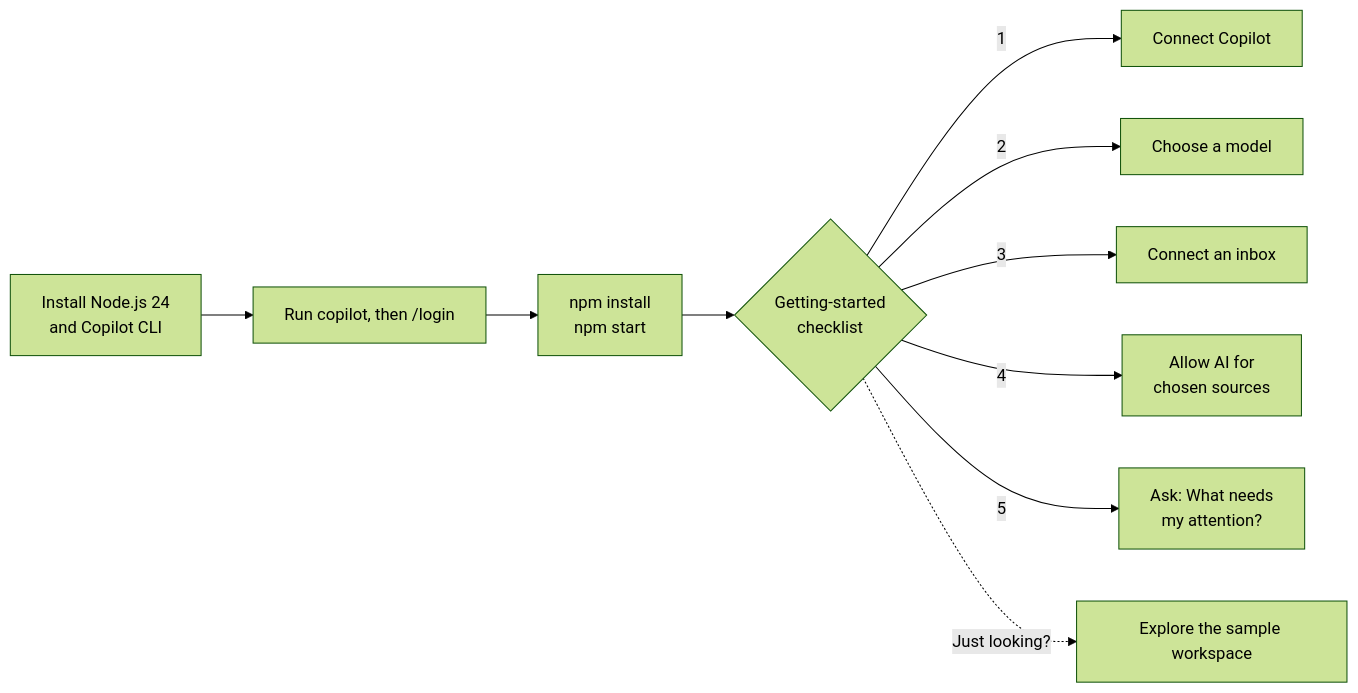
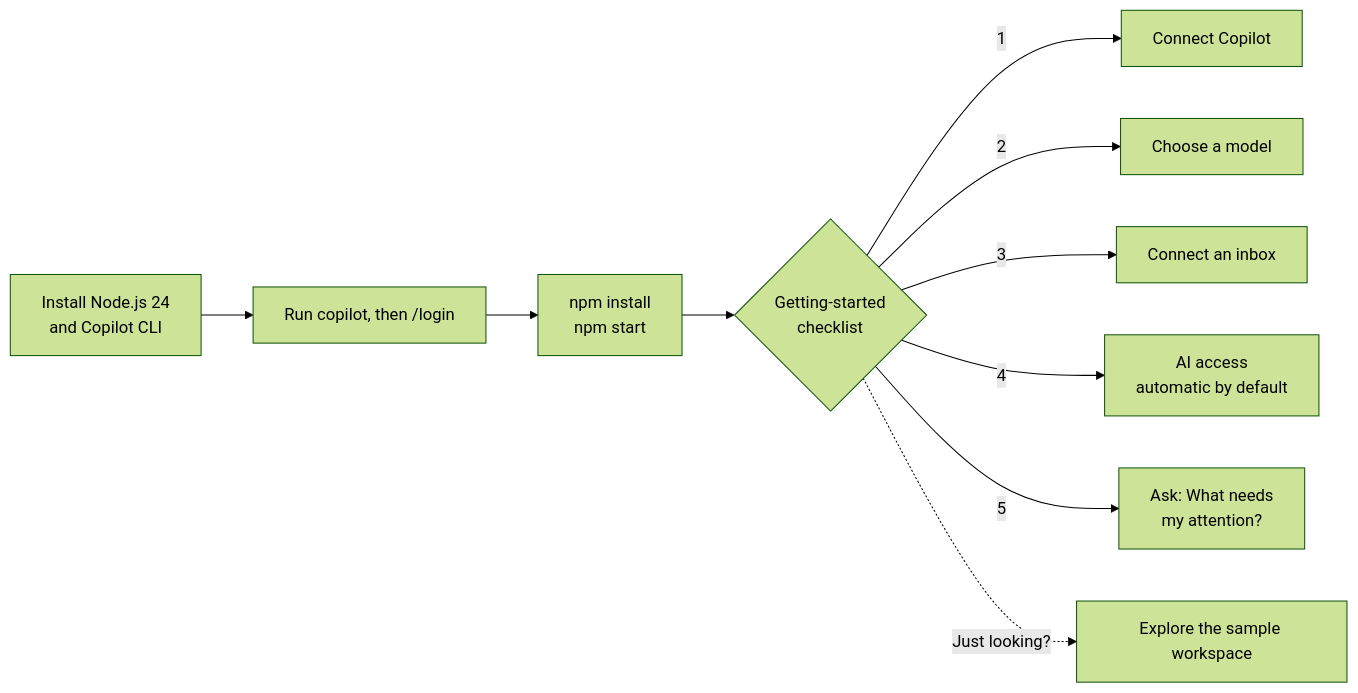
One commit to Ai4Innov/relaydesk changed the first of 2 diagrams in docs/getting-started.md. Above: the diagram before and after it, drawn with Mermaid (forest theme). The commit also changed other lines of this file and 22 other files, not shown here.

First line of the commit message:
Frictionless onboarding: full access by default and a visual README

````diff
--- a/docs/getting-started.md
+++ b/docs/getting-started.md
@@ -7,12 +7,12 @@
 ```mermaid
 flowchart LR
     A[Install Node.js 24<br/>and Copilot CLI] --> B[Run copilot, then /login]
     B --> C[npm install<br/>npm start]
     C --> D{Getting-started<br/>checklist}
     D -->|1| E[Connect Copilot]
     D -->|2| F[Choose a model]
     D -->|3| G[Connect an inbox]
-    D -->|4| H[Allow AI for<br/>chosen sources]
+    D -->|4| H[AI access<br/>automatic by default]
     D -->|5| I[Ask: What needs<br/>my attention?]
     D -.->|Just looking?| S[Explore the sample workspace]
 ```
````
